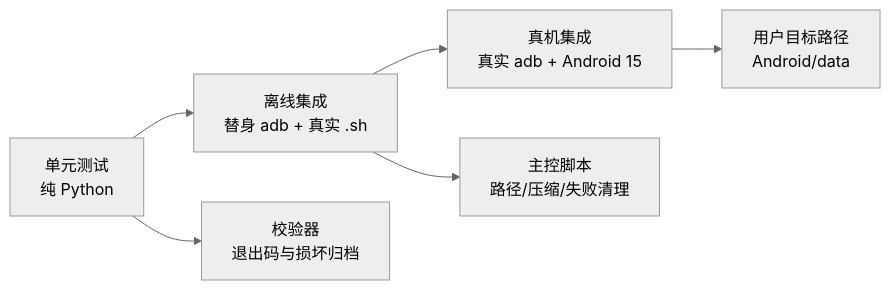
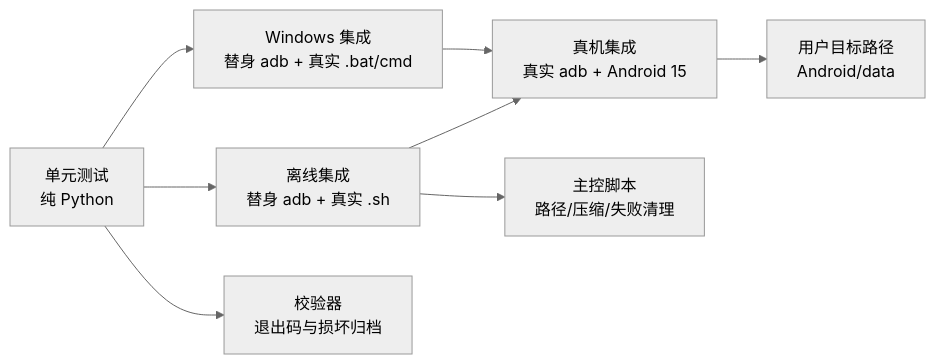
One commit to What410802/AndBackup changed the diagram in docs/testing.md. Above: the diagram before and after it, drawn with Mermaid (neutral theme). The commit also changed other lines of this file and 14 other files, not shown here.

````diff
--- a/docs/testing.md
+++ b/docs/testing.md
@@ -28,8 +45,10 @@
 ```mermaid
 flowchart LR
     U[单元测试\n纯 Python] --> I[离线集成\n替身 adb + 真实 .sh]
+    U --> W[Windows 集成\n替身 adb + 真实 .bat/cmd]
     I --> D[真机集成\n真实 adb + Android 15]
+    W --> D
     U --> V[校验器\n退出码与损坏归档]
     I --> B[主控脚本\n路径/压缩/失败清理]
     D --> P[用户目标路径\nAndroid/data]
 ```
````
